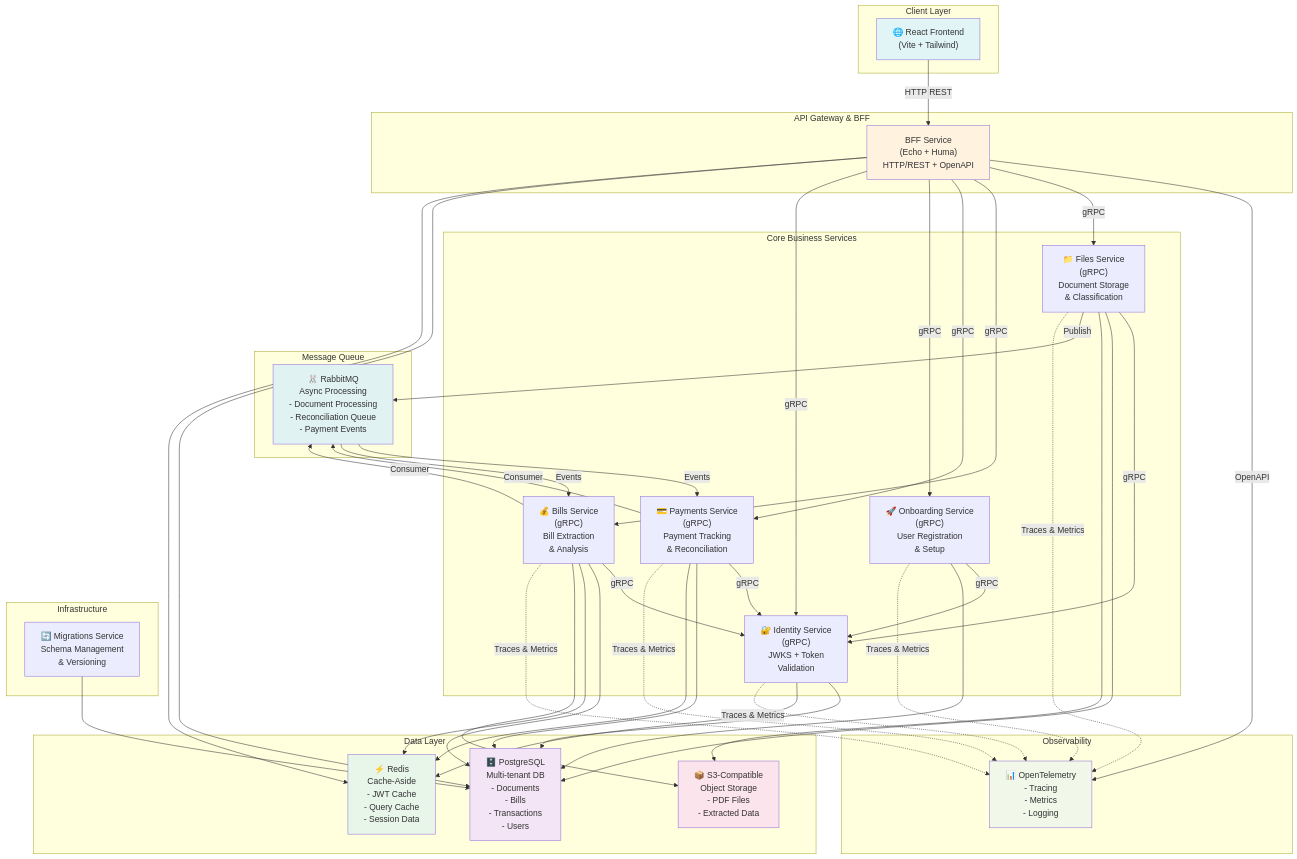
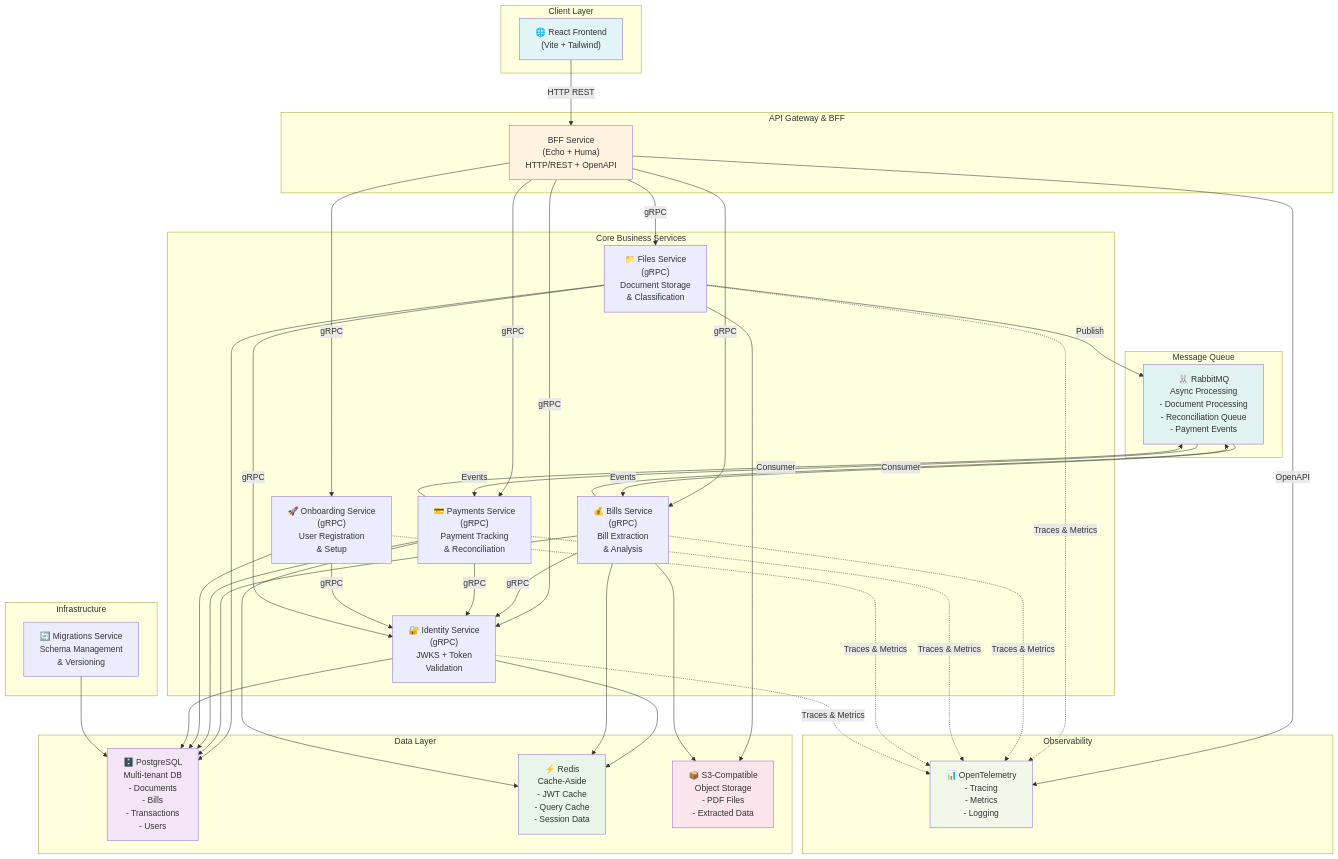
One commit to ralvescosta/costa-financial-assistant changed the first of 4 diagrams in .specify/memory/architecture-diagram.md. Above: the diagram before and after it, drawn with Mermaid. The commit also changed other lines of this file and 26 other files, not shown here.

```diff
--- a/.specify/memory/architecture-diagram.md
+++ b/.specify/memory/architecture-diagram.md
@@ -56,7 +56,6 @@
     Files -->|gRPC| Identity
 
     %% Database connections
-    BFF --> PG
     Files --> PG
     Bills --> PG
     Payments --> PG
@@ -65,7 +64,6 @@
     Migrations --> PG
 
     %% Cache connections
-    BFF --> Redis
     Identity --> Redis
     Bills --> Redis
     Payments --> Redis
```
